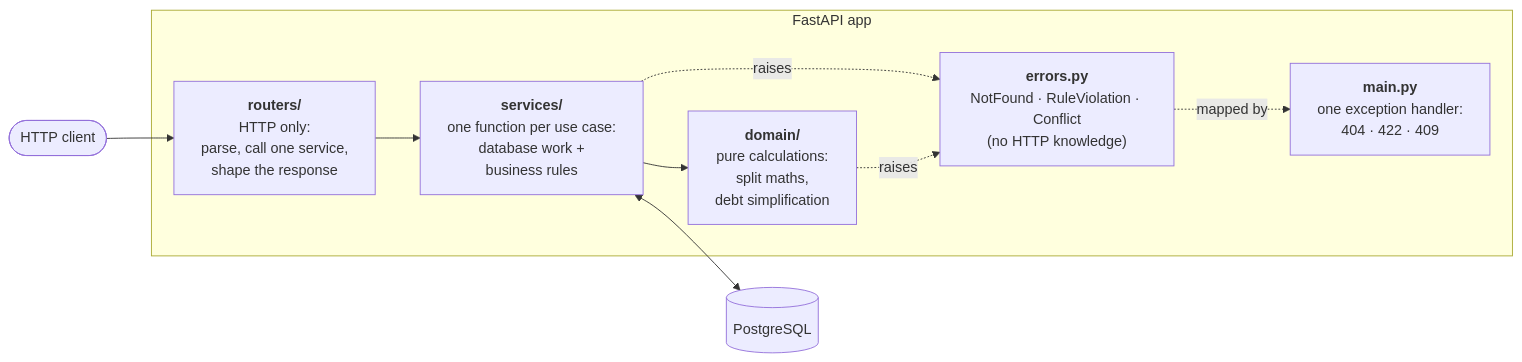
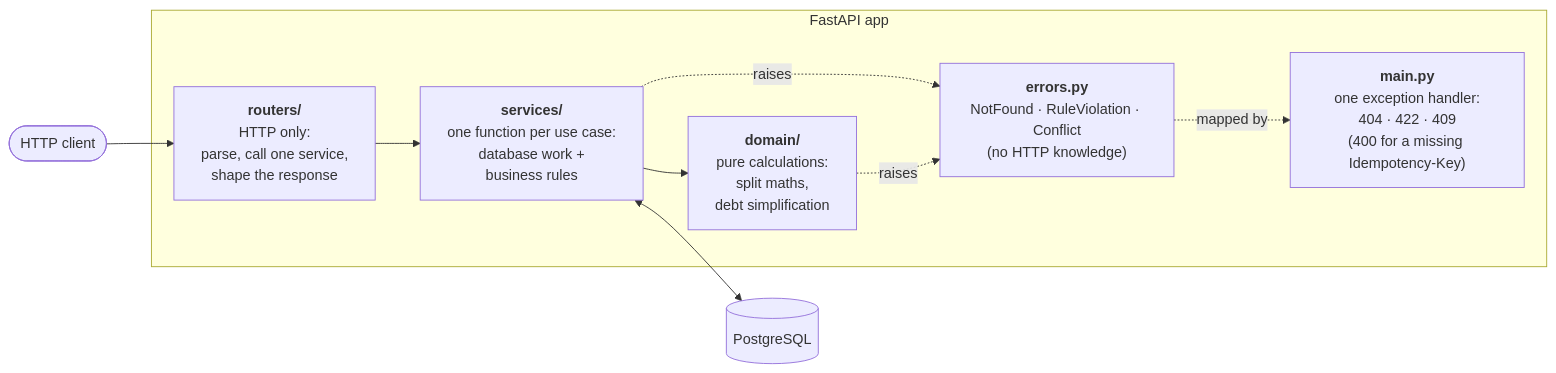
Before and after one commit to kush-goyal96/splitwise: the first of 4 diagrams in README.md, drawn with Mermaid. The commit also changed other lines of this file, not shown here.

Commit message:
Rewrite README intro and complete its trade-offs and roadmap

````diff
--- a/README.md
+++ b/README.md
@@ -153,18 +152,18 @@
 ```mermaid
 flowchart LR
     Client([HTTP client]) --> R
 
     subgraph app [FastAPI app]
         R["<b>routers/</b><br/>HTTP only:<br/>parse, call one service,<br/>shape the response"]
         S["<b>services/</b><br/>one function per use case:<br/>database work +<br/>business rules"]
         D["<b>domain/</b><br/>pure calculations:<br/>split maths,<br/>debt simplification"]
         E["<b>errors.py</b><br/>NotFound · RuleViolation · Conflict<br/>(no HTTP knowledge)"]
-        H["<b>main.py</b><br/>one exception handler:<br/>404 · 422 · 409"]
+        H["<b>main.py</b><br/>one exception handler:<br/>404 · 422 · 409<br/>(400 for a missing Idempotency-Key)"]
     end
 
     R --> S --> D
     S -. raises .-> E
     D -. raises .-> E
     E -. mapped by .-> H
     S <--> DB[(PostgreSQL)]
 ```
````
